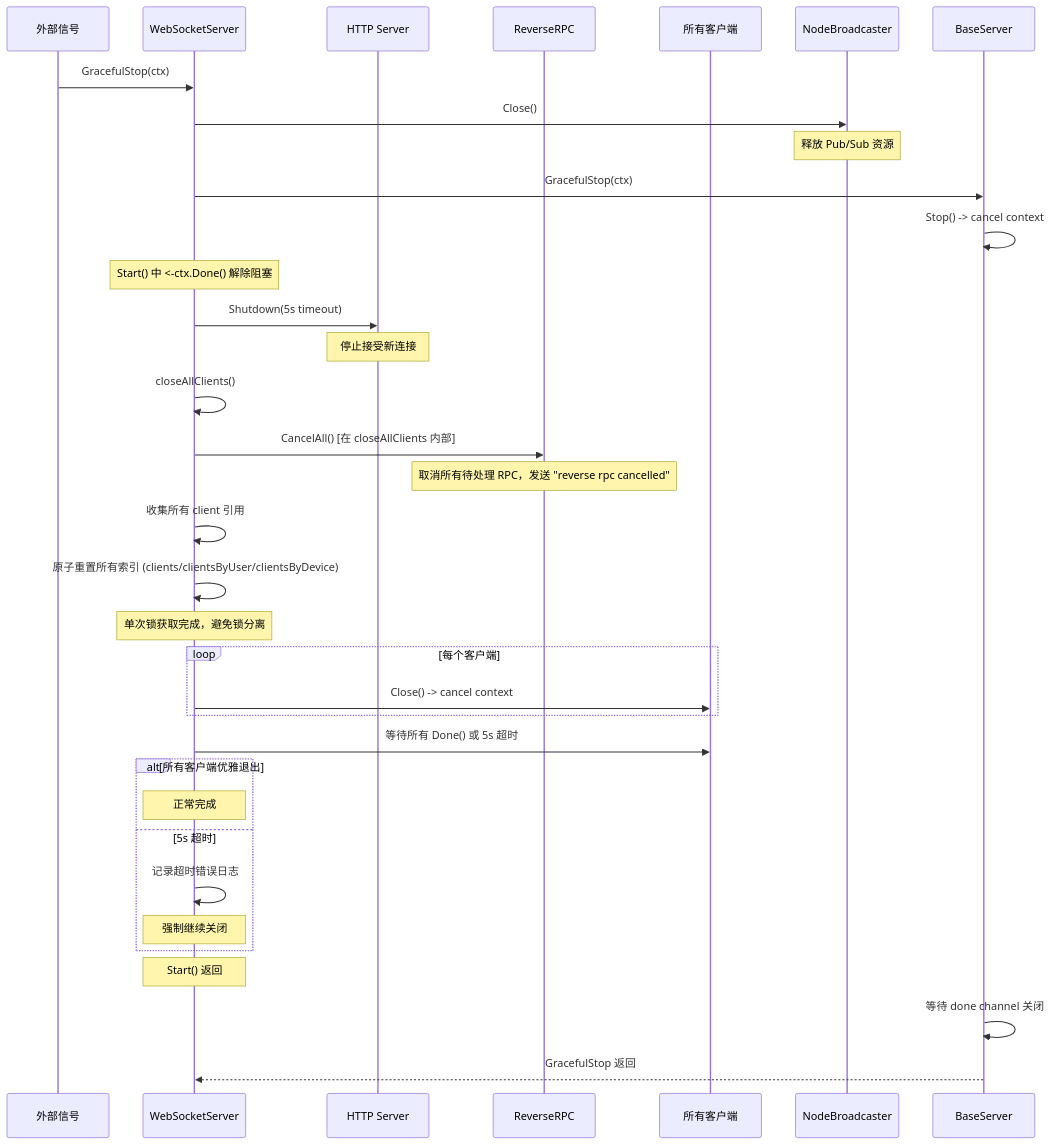
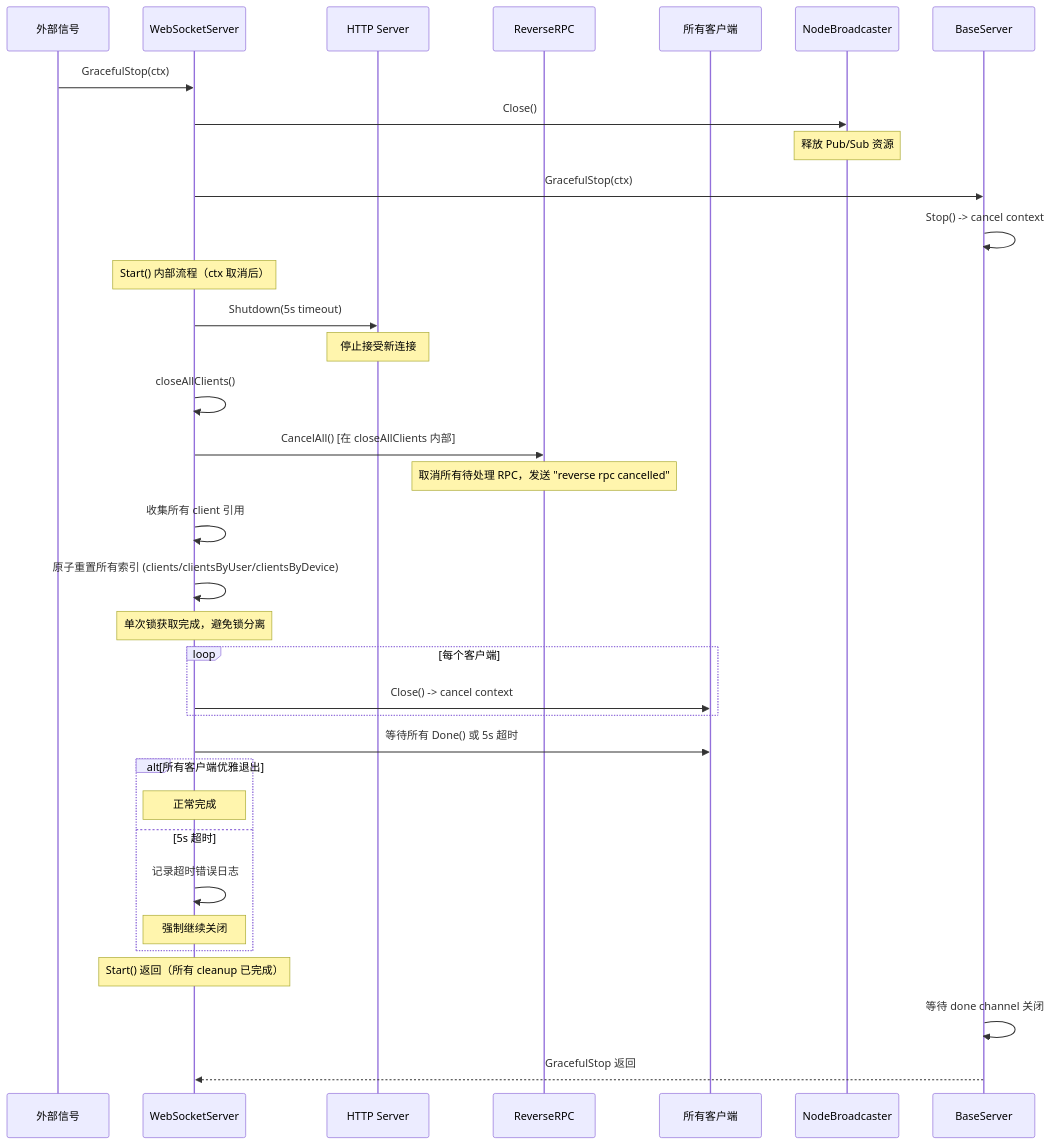
One commit to PineappleBond/xyncra-server changed the tenth of 14 diagrams in wiki/flows/websocket-connection.md. Above: the diagram before and after it, drawn with Mermaid. The commit also changed other lines of this file and 22 other files, not shown here.

````diff
--- a/wiki/flows/websocket-connection.md
+++ b/wiki/flows/websocket-connection.md
@@ -674,46 +699,47 @@
 ```mermaid
 sequenceDiagram
     participant External as 外部信号
     participant WS as WebSocketServer
     participant HTTP as HTTP Server
     participant RR as ReverseRPC
     participant Clients as 所有客户端
     participant NB as NodeBroadcaster
     participant BS as BaseServer
 
     External->>WS: GracefulStop(ctx)
     WS->>NB: Close()
     Note over NB: 释放 Pub/Sub 资源
 
     WS->>BS: GracefulStop(ctx)
     BS->>BS: Stop() -> cancel context
 
-    Note over WS: Start() 中 <-ctx.Done() 解除阻塞
+    Note over WS: Start() 内部流程（ctx 取消后）
 
     WS->>HTTP: Shutdown(5s timeout)
     Note over HTTP: 停止接受新连接
 
     WS->>WS: closeAllClients()
     WS->>RR: CancelAll() [在 closeAllClients 内部]
     Note over RR: 取消所有待处理 RPC，发送 "reverse rpc cancelled"
     WS->>WS: 收集所有 client 引用
     WS->>WS: 原子重置所有索引 (clients/clientsByUser/clientsByDevice)
     Note over WS: 单次锁获取完成，避免锁分离
 
     loop 每个客户端
         WS->>Clients: Close() -> cancel context
     end
 
     WS->>Clients: 等待所有 Done() 或 5s 超时
 
     alt 所有客户端优雅退出
         Note over WS: 正常完成
     else 5s 超时
         WS->>WS: 记录超时错误日志
         Note over WS: 强制继续关闭
     end
 
-    Note over WS: Start() 返回
+    Note over WS: Start() 返回（所有 cleanup 已完成）
+
     BS->>BS: 等待 done channel 关闭
     BS-->>WS: GracefulStop 返回
 ```
````
